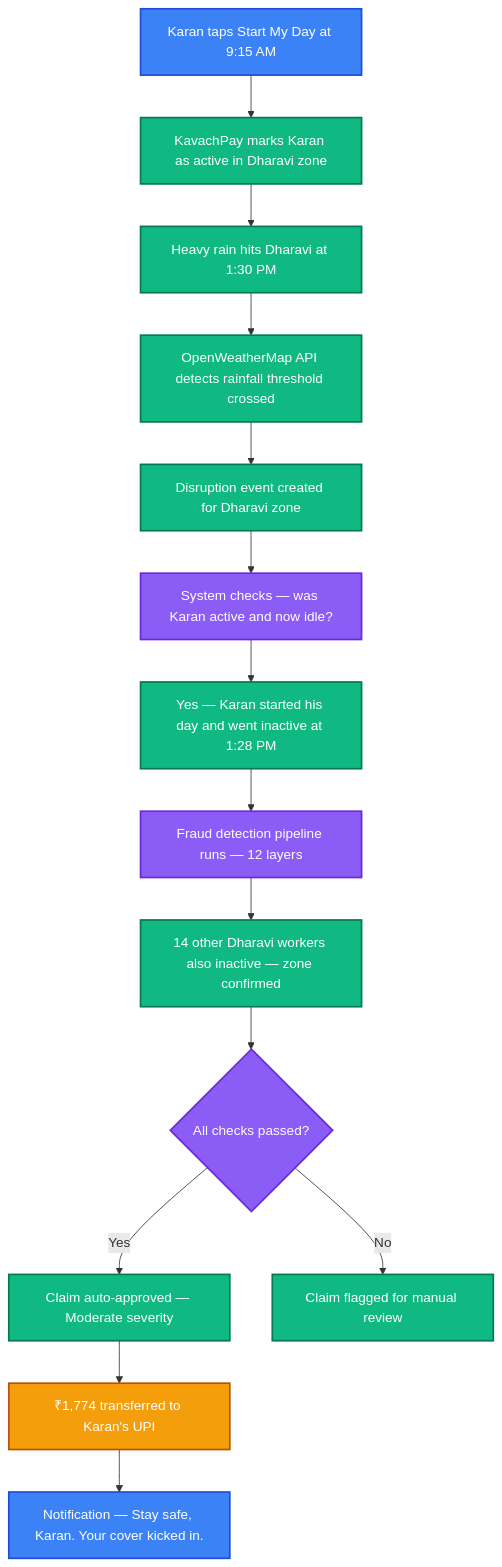
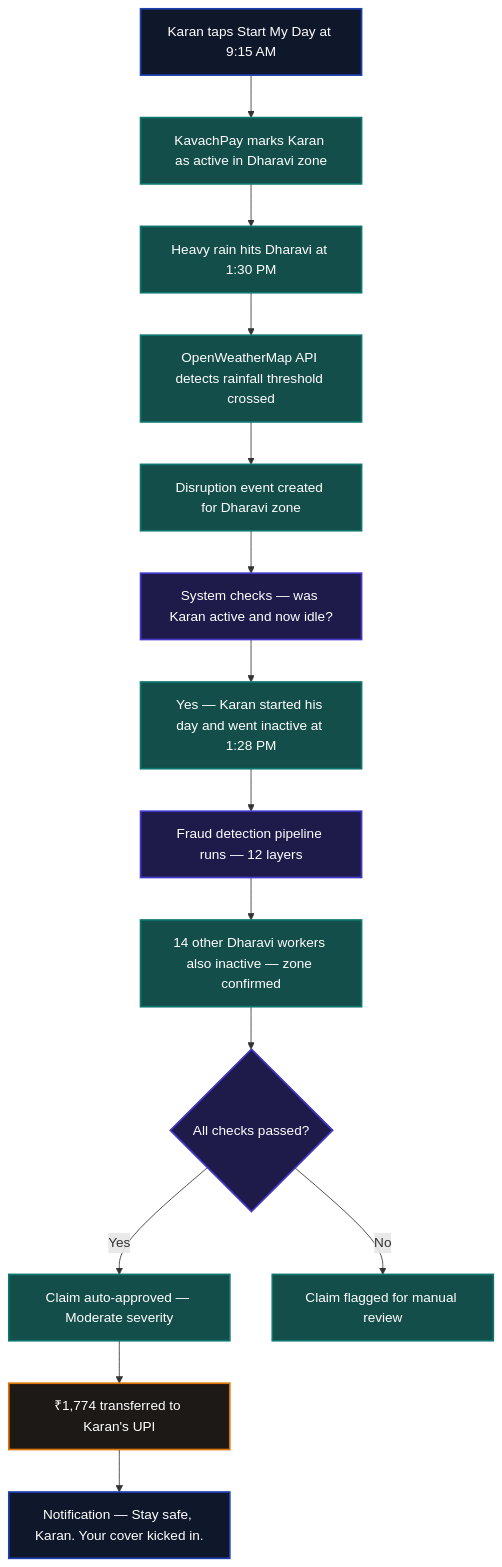
The first of 3 diagrams in README.md (kirithic-0/KavachPay-), drawn with Mermaid before and after one commit. The commit also changed other lines of this file, not shown here.

````diff
--- a/README.md
+++ b/README.md
@@ -64,21 +64,21 @@
 ```mermaid
 graph TD
-    classDef user fill:#3b82f6,stroke:#1d4ed8,stroke-width:2px,color:#fff;
-    classDef system fill:#10b981,stroke:#047857,stroke-width:2px,color:#fff;
-    classDef ai fill:#8b5cf6,stroke:#6d28d9,stroke-width:2px,color:#fff;
-    classDef outcome fill:#f59e0b,stroke:#b45309,stroke-width:2px,color:#fff;
+    classDef user fill:#0f172a,stroke:#1e40af,stroke-width:2px,color:#fff;
+    classDef system fill:#134e4a,stroke:#0f766e,stroke-width:2px,color:#fff;
+    classDef ai fill:#1e1b4b,stroke:#4338ca,stroke-width:2px,color:#fff;
+    classDef outcome fill:#1c1917,stroke:#d97706,stroke-width:2px,color:#fff;
 
     A[Karan taps Start My Day at 9:15 AM]:::user --> B[KavachPay marks Karan as active in Dharavi zone]:::system
     B --> C[Heavy rain hits Dharavi at 1:30 PM]:::system
     C --> D[OpenWeatherMap API detects rainfall threshold crossed]:::system
     D --> E[Disruption event created for Dharavi zone]:::system
     E --> F[System checks — was Karan active and now idle?]:::ai
     F --> G[Yes — Karan started his day and went inactive at 1:28 PM]:::system
     G --> H[Fraud detection pipeline runs — 12 layers]:::ai
     H --> I[14 other Dharavi workers also inactive — zone confirmed]:::system
     I --> J{All checks passed?}:::ai
     J -- Yes --> K[Claim auto-approved — Moderate severity]:::system
     K --> L[₹1,774 transferred to Karan's UPI]:::outcome
     L --> M[Notification — Stay safe, Karan. Your cover kicked in.]:::user
     J -- No --> N[Claim flagged for manual review]:::system
 ```
````
